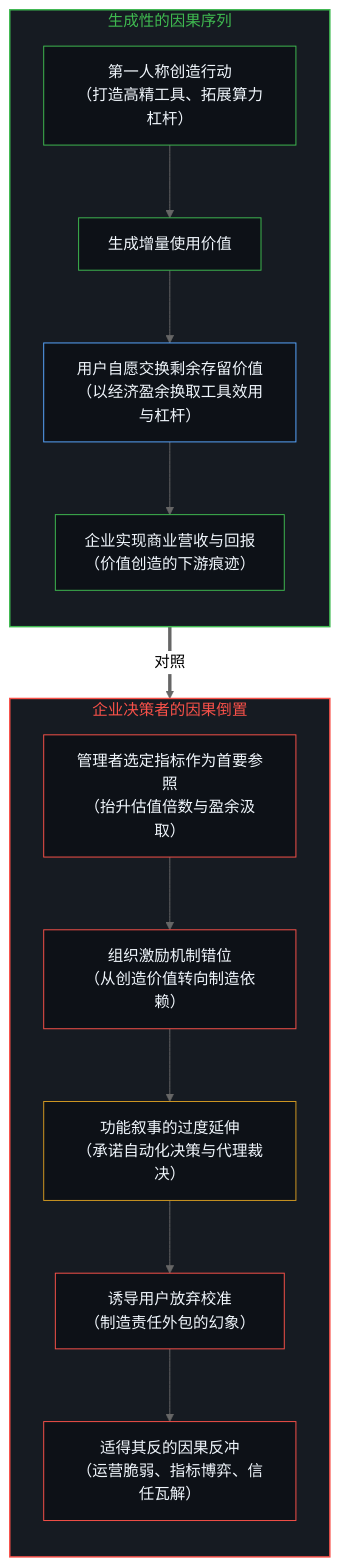
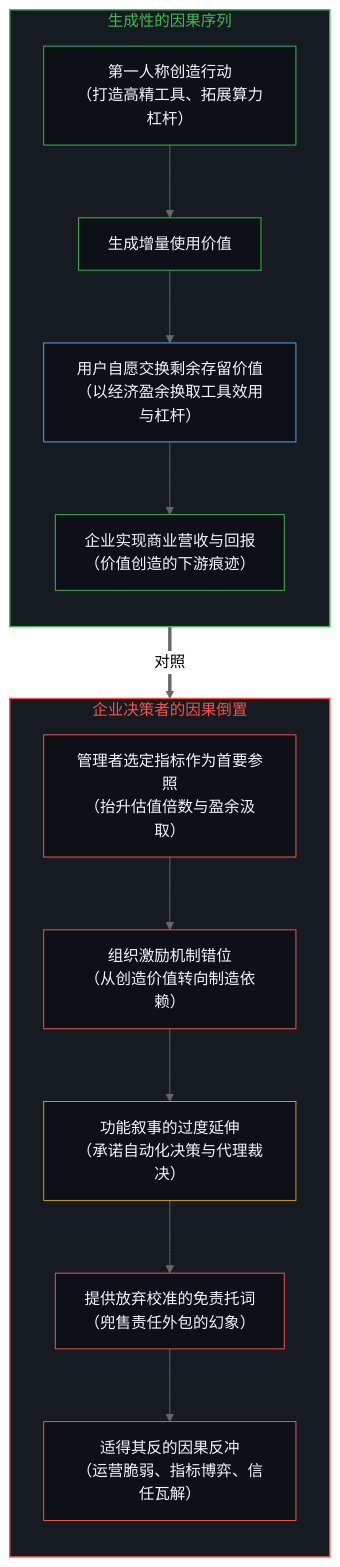
Before and after one commit to powerpig99/not-a-toe: the fifth of 12 diagrams in content/posts/the-delegation-of-the-task-and-the-inalienability-of-consequences.md, drawn with Mermaid (neutral theme). The commit also changed other lines of this file and 5 other files, not shown here.

````diff
--- a/content/posts/the-delegation-of-the-task-and-the-inalienability-of-consequences.md
+++ b/content/posts/the-delegation-of-the-task-and-the-inalienability-of-consequences.md
@@ -155,31 +147,28 @@
 ```mermaid
 flowchart TD
     subgraph S_Natural["生成性的因果序列"]
         direction TB
         V1["第一人称创造行动<br/>（打造高精工具、拓展算力杠杆）"] --> V2["生成增量使用价值"]
         V2 --> V3["用户自愿交换剩余存留价值<br/>（以经济盈余换取工具效用与杠杆）"]
         V3 --> V4["企业实现商业营收与回报<br/>（价值创造的下游痕迹）"]
     end
-
     subgraph S_Inverted["企业决策者的因果倒置"]
         direction TB
         I1["管理者选定指标作为首要参照<br/>（抬升估值倍数与盈余汲取）"] --> I2["组织激励机制错位<br/>（从创造价值转向制造依赖）"]
         I2 --> I3["功能叙事的过度延伸<br/>（承诺自动化决策与代理裁决）"]
-        I3 --> I4["诱导用户放弃校准<br/>（制造责任外包的幻象）"]
+        I3 --> I4["提供放弃校准的免责托词<br/>（兜售责任外包的幻象）"]
         I4 --> I5["适得其反的因果反冲<br/>（运营脆弱、指标博弈、信任瓦解）"]
     end
-
     S_Natural ==>|"对照"| S_Inverted
-
     style S_Natural fill:#161b22,stroke:#3fb950,stroke-width:1.5px,color:#3fb950
     style S_Inverted fill:#161b22,stroke:#f85149,stroke-width:1.5px,color:#f85149
     style V1 fill:#0d1117,stroke:#3fb950,stroke-width:1px,color:#f0f6fc
     style V2 fill:#0d1117,stroke:#3fb950,stroke-width:1px,color:#f0f6fc
     style V3 fill:#0d1117,stroke:#58a6ff,stroke-width:1px,color:#f0f6fc
     style V4 fill:#0d1117,stroke:#3fb950,stroke-width:1px,color:#f0f6fc
     style I1 fill:#0d1117,stroke:#f85149,stroke-width:1px,color:#f0f6fc
     style I2 fill:#0d1117,stroke:#f85149,stroke-width:1px,color:#f0f6fc
     style I3 fill:#0d1117,stroke:#d29922,stroke-width:1px,color:#f0f6fc
     style I4 fill:#0d1117,stroke:#f85149,stroke-width:1px,color:#f0f6fc
     style I5 fill:#0d1117,stroke:#f85149,stroke-width:1px,color:#f0f6fc
 ```
````
